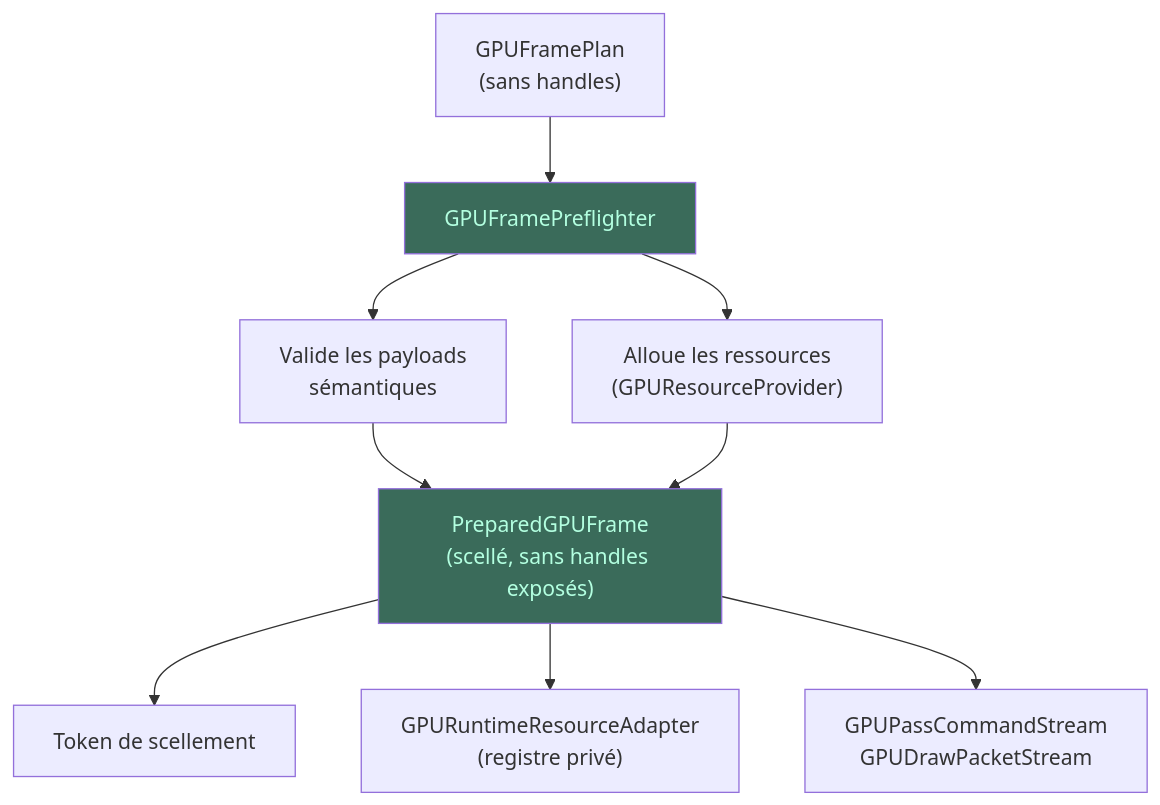
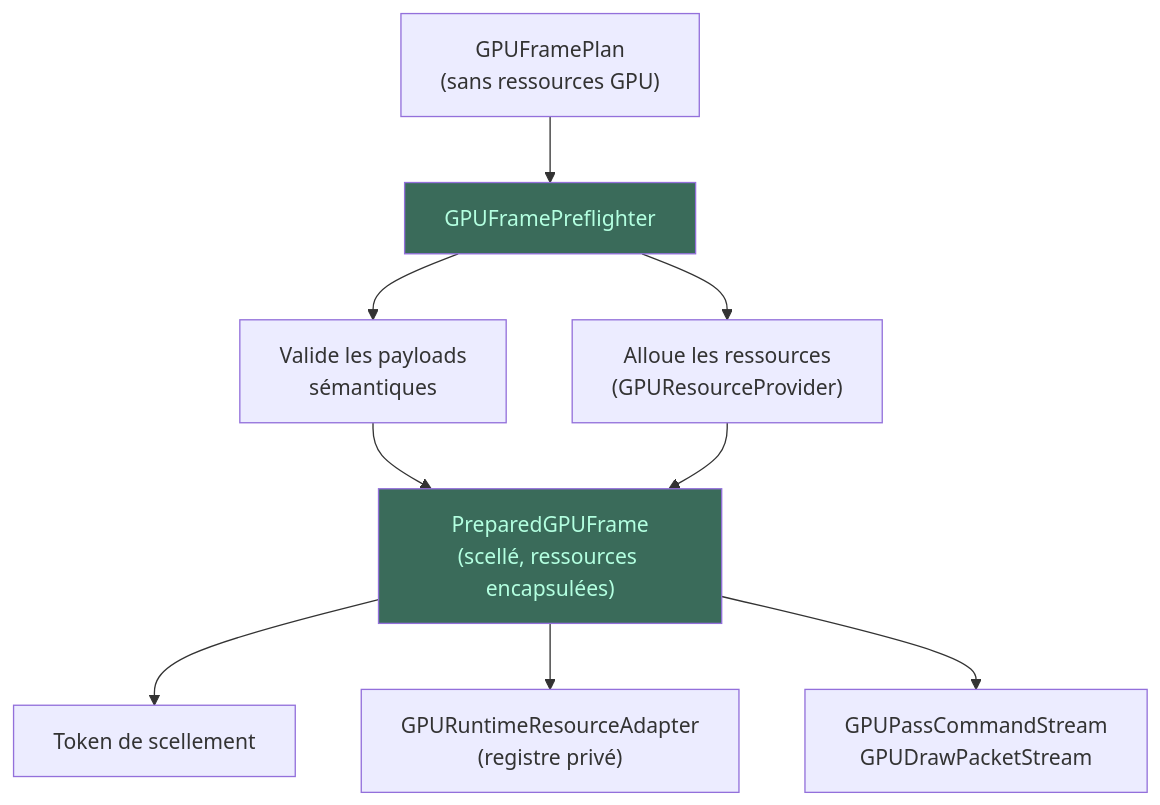
The diagram in docs/architecture/docs/pipeline/pre-vol.md (ygdrasil-io/kanvas), drawn with Mermaid before and after one commit. The commit also changed 5 other files, not shown here.

Commit message:
docs: replace 'sans handles' jargon with clear French

````diff
--- a/docs/architecture/docs/pipeline/pre-vol.md
+++ b/docs/architecture/docs/pipeline/pre-vol.md
@@ -9,14 +9,14 @@
 ```mermaid
 flowchart TD
-    PLAN["GPUFramePlan\n(sans handles)"] --> PRE["GPUFramePreflighter"]
+    PLAN["GPUFramePlan\n(sans ressources GPU)"] --> PRE["GPUFramePreflighter"]
     PRE --> VAL["Valide les payloads\nsémantiques"]
     PRE --> ALLOC["Alloue les ressources\n(GPUResourceProvider)"]
-    VAL & ALLOC --> PGF["PreparedGPUFrame\n(scellé, sans handles exposés)"]
+    VAL & ALLOC --> PGF["PreparedGPUFrame\n(scellé, ressources encapsulées)"]
 
     PGF --> TOKEN["Token de scellement"]
     PGF --> REG["GPURuntimeResourceAdapter\n(registre privé)"]
     PGF --> CMDS["GPUPassCommandStream\nGPUDrawPacketStream"]
 
     style PRE fill:#3a6b5a,color:#b3ffe0
     style PGF fill:#3a6b5a,color:#b3ffe0
 ```
````
